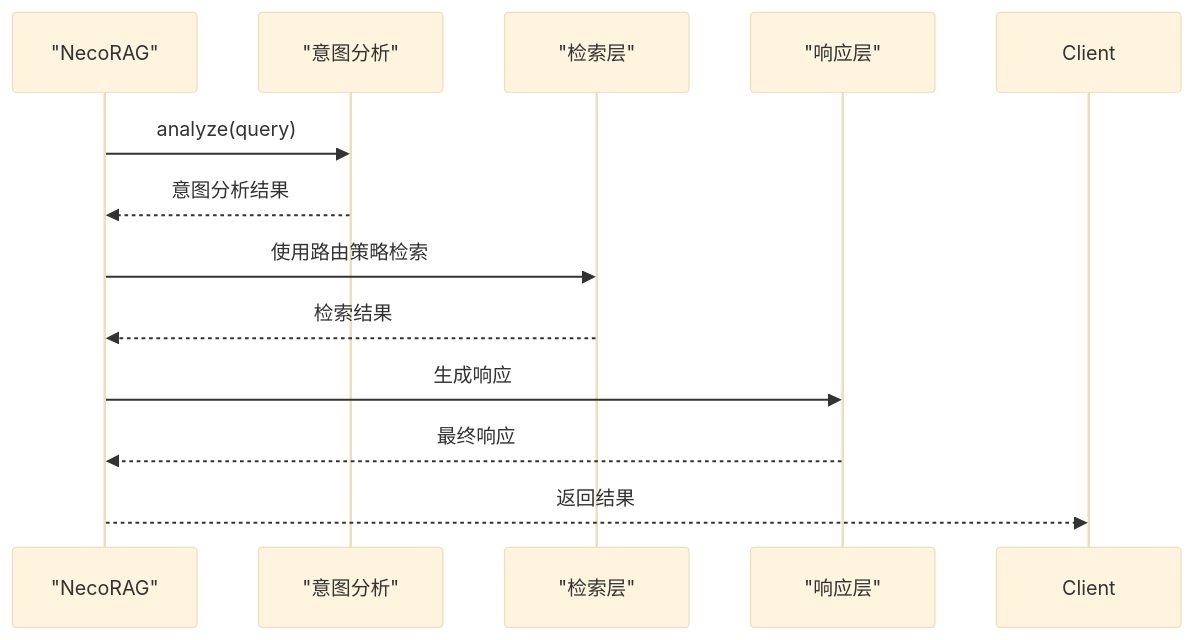
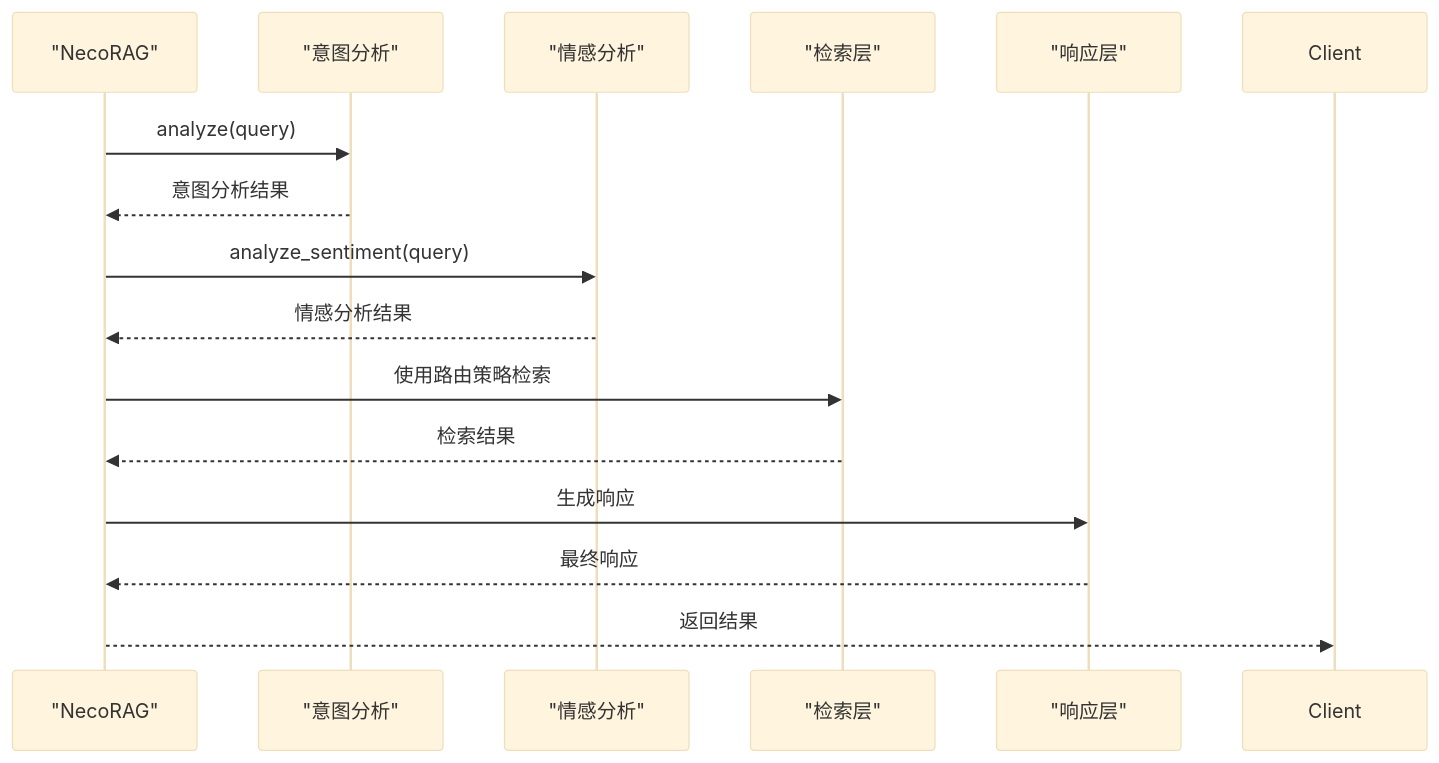
Diagram 20 of 20 in .qoder/repowiki/zh/content/意图分析系统.md (JieGaoPrinceton/NecoRAG), drawn with Mermaid (base theme) before and after one commit. The commit also changed other lines of this file and 17 other files, not shown here.

````diff
--- a/.qoder/repowiki/zh/content/意图分析系统.md
+++ b/.qoder/repowiki/zh/content/意图分析系统.md
@@ -568,14 +888,17 @@
 ```mermaid
 sequenceDiagram
 participant N as "NecoRAG"
 participant IA as "意图分析"
+participant SA as "情感分析"
 participant RT as "检索层"
 participant RP as "响应层"
 N->>IA : analyze(query)
 IA-->>N : 意图分析结果
+N->>SA : analyze_sentiment(query)
+SA-->>N : 情感分析结果
 N->>RT : 使用路由策略检索
 RT-->>N : 检索结果
 N->>RP : 生成响应
 RP-->>N : 最终响应
 N-->>Client : 返回结果
 ```
````
